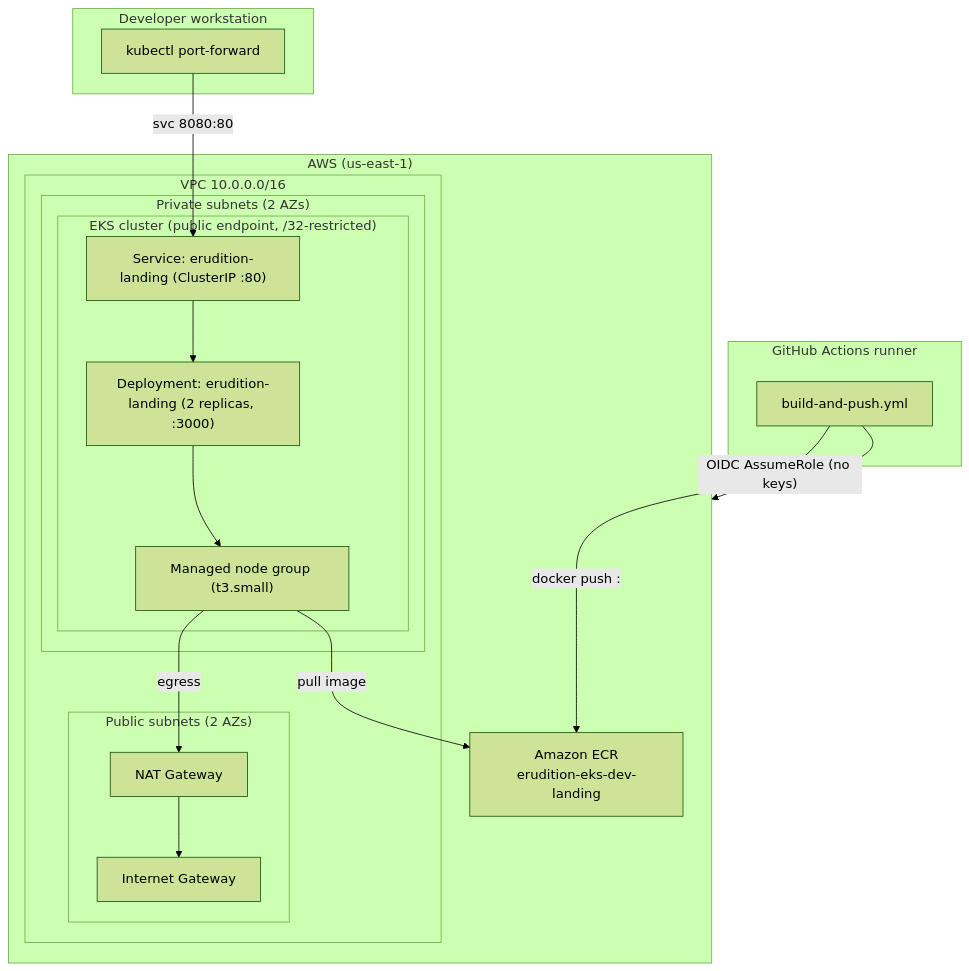
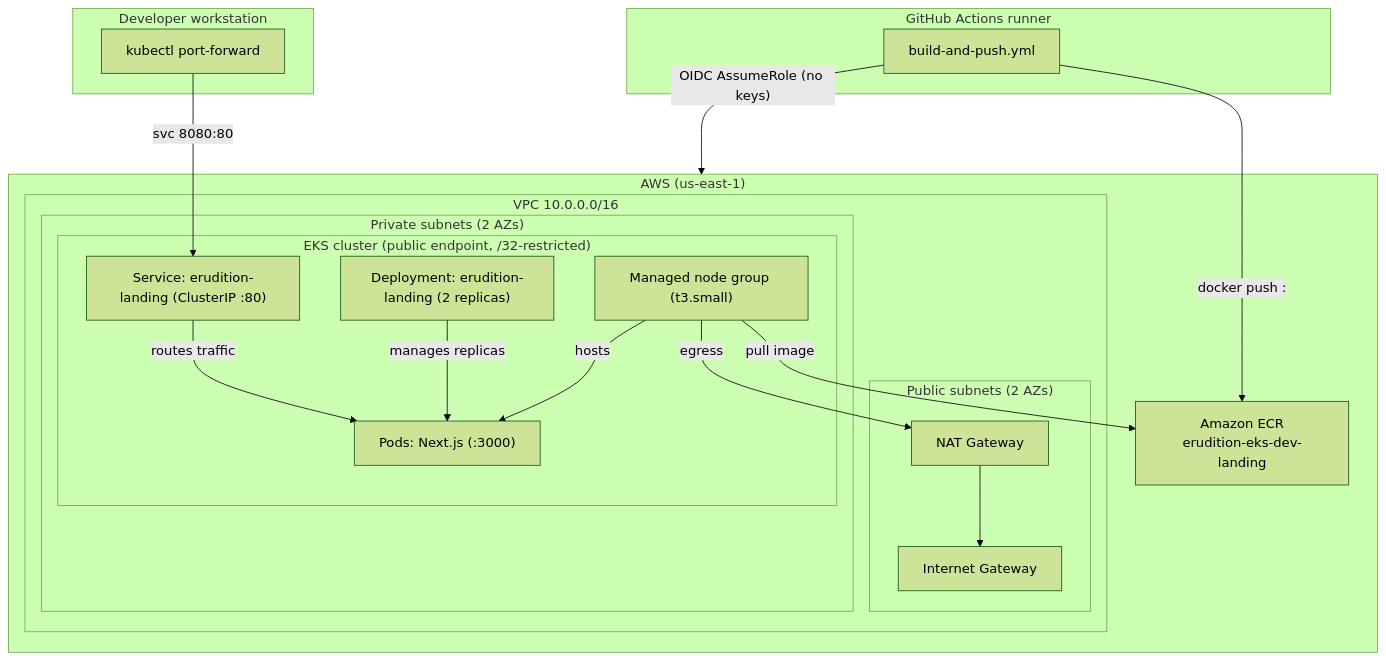
The diagram in README.md (charltonmc2024/eks-github-actions), drawn with Mermaid (forest theme) before and after one commit.

Commit message:
docs: correct Kubernetes architecture relationships

````diff
--- a/README.md
+++ b/README.md
@@ -21,32 +21,34 @@
 ```mermaid
 flowchart TD
   subgraph dev["Developer workstation"]
     KPF["kubectl port-forward"]
   end
   subgraph gha["GitHub Actions runner"]
     WF["build-and-push.yml"]
   end
   subgraph aws["AWS (us-east-1)"]
     ECR["Amazon ECR<br/>erudition-eks-dev-landing"]
     subgraph vpc["VPC 10.0.0.0/16"]
       subgraph pub["Public subnets (2 AZs)"]
         NAT["NAT Gateway"]
         IGW["Internet Gateway"]
       end
       subgraph priv["Private subnets (2 AZs)"]
         subgraph eks["EKS cluster (public endpoint, /32-restricted)"]
           NG["Managed node group (t3.small)"]
-          DEP["Deployment: erudition-landing (2 replicas, :3000)"]
+          DEP["Deployment: erudition-landing (2 replicas)"]
           SVC["Service: erudition-landing (ClusterIP :80)"]
+          PODS["Pods: Next.js (:3000)"]
         end
       end
     end
   end
   WF -- "OIDC AssumeRole (no keys)" --> aws
   WF -- "docker push :<git-sha>" --> ECR
   NG -- "pull image" --> ECR
   NG -- "egress" --> NAT --> IGW
   KPF -- "svc 8080:80" --> SVC
-  SVC --> DEP
-  DEP --> NG
+  SVC -- "routes traffic" --> PODS
+  DEP -- "manages replicas" --> PODS
+  NG -- "hosts" --> PODS
 ```
````
